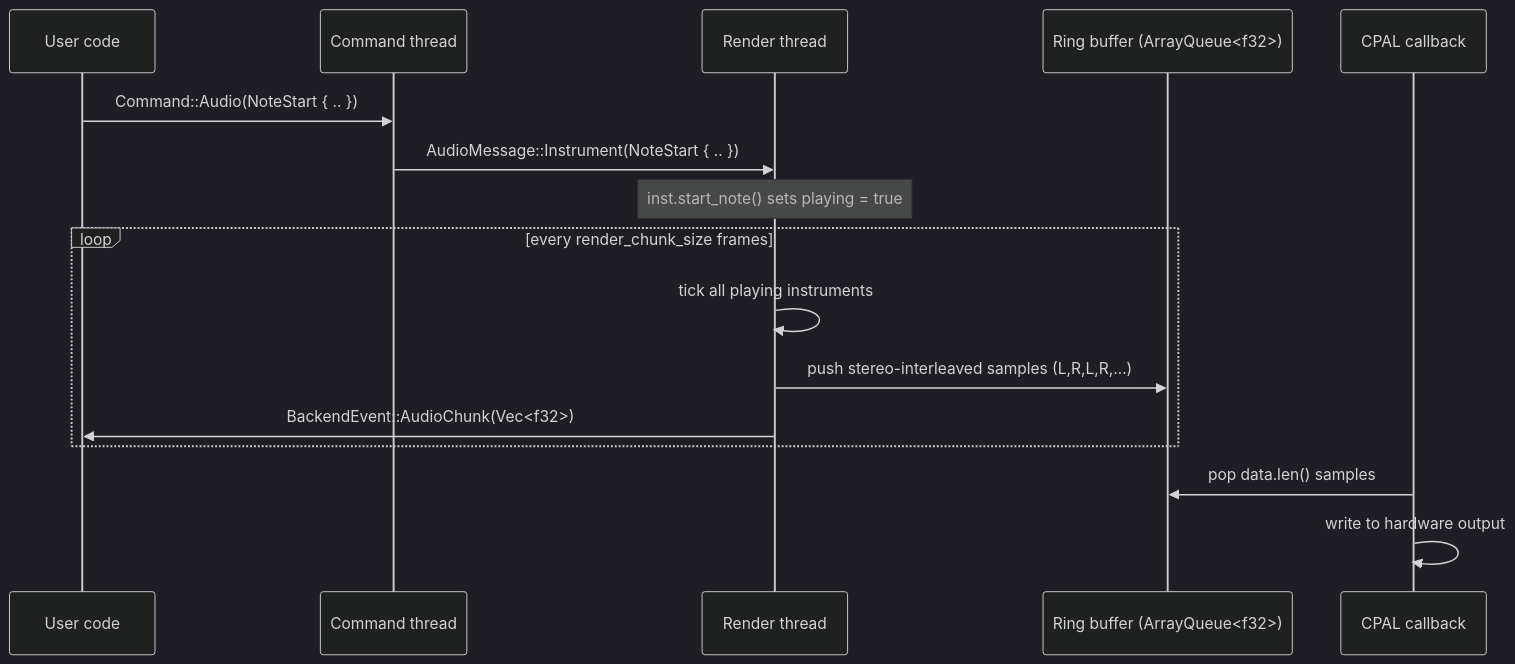
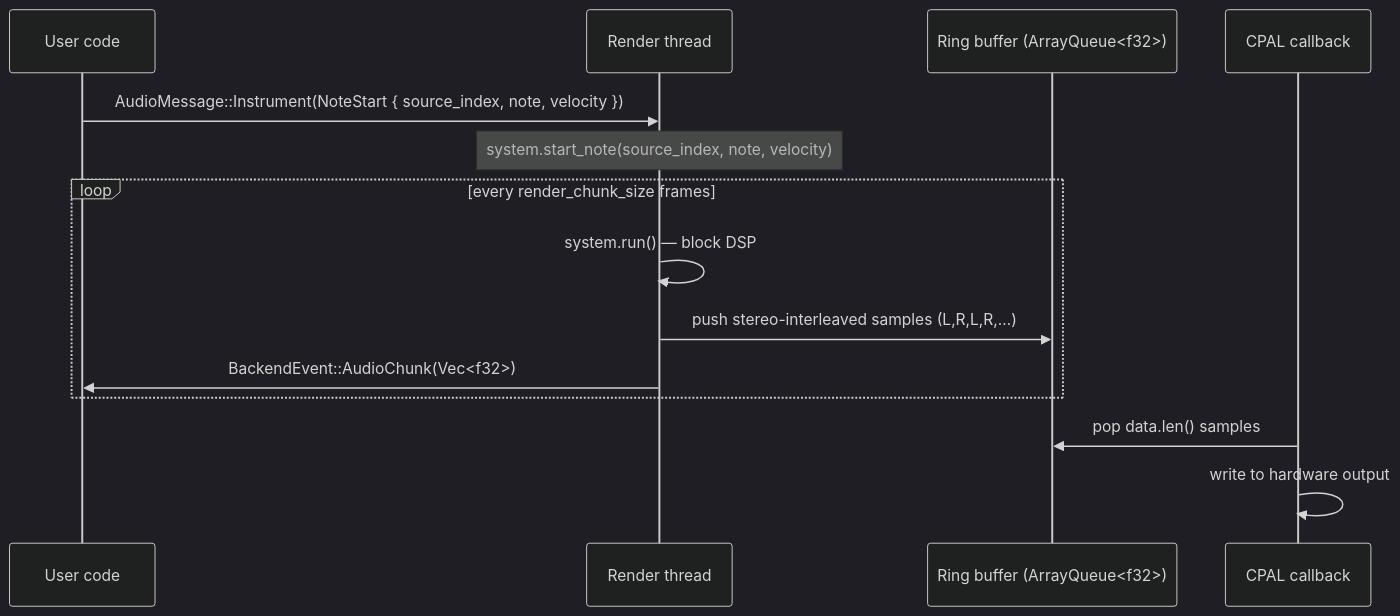
Before and after one commit to MinIndustry/treble-core: the second of 2 diagrams in README.md, drawn with Mermaid (dark theme). The commit also changed other lines of this file and 31 other files, not shown here.

Commit message:
[Add] pan filter + graph handling commands

````diff
--- a/README.md
+++ b/README.md
@@ -41,19 +37,17 @@
 ```mermaid
 sequenceDiagram
     participant U  as User code
-    participant CT as Command thread
     participant RT as Render thread
     participant Q  as Ring buffer (ArrayQueue<f32>)
     participant CB as CPAL callback
 
-    U  ->> CT : Command::Audio(NoteStart { .. })
-    CT ->> RT : AudioMessage::Instrument(NoteStart { .. })
-    Note over RT: inst.start_note() sets playing = true
+    U  ->> RT : AudioMessage::Instrument(NoteStart { source_index, note, velocity })
+    Note over RT: system.start_note(source_index, note, velocity)
     loop every render_chunk_size frames
-        RT ->> RT : tick all playing instruments
+        RT ->> RT : system.run() — block DSP
         RT ->> Q  : push stereo-interleaved samples (L,R,L,R,…)
         RT ->> U  : BackendEvent::AudioChunk(Vec<f32>)
     end
     CB ->> Q  : pop data.len() samples
     CB ->> CB : write to hardware output
 ```
````
